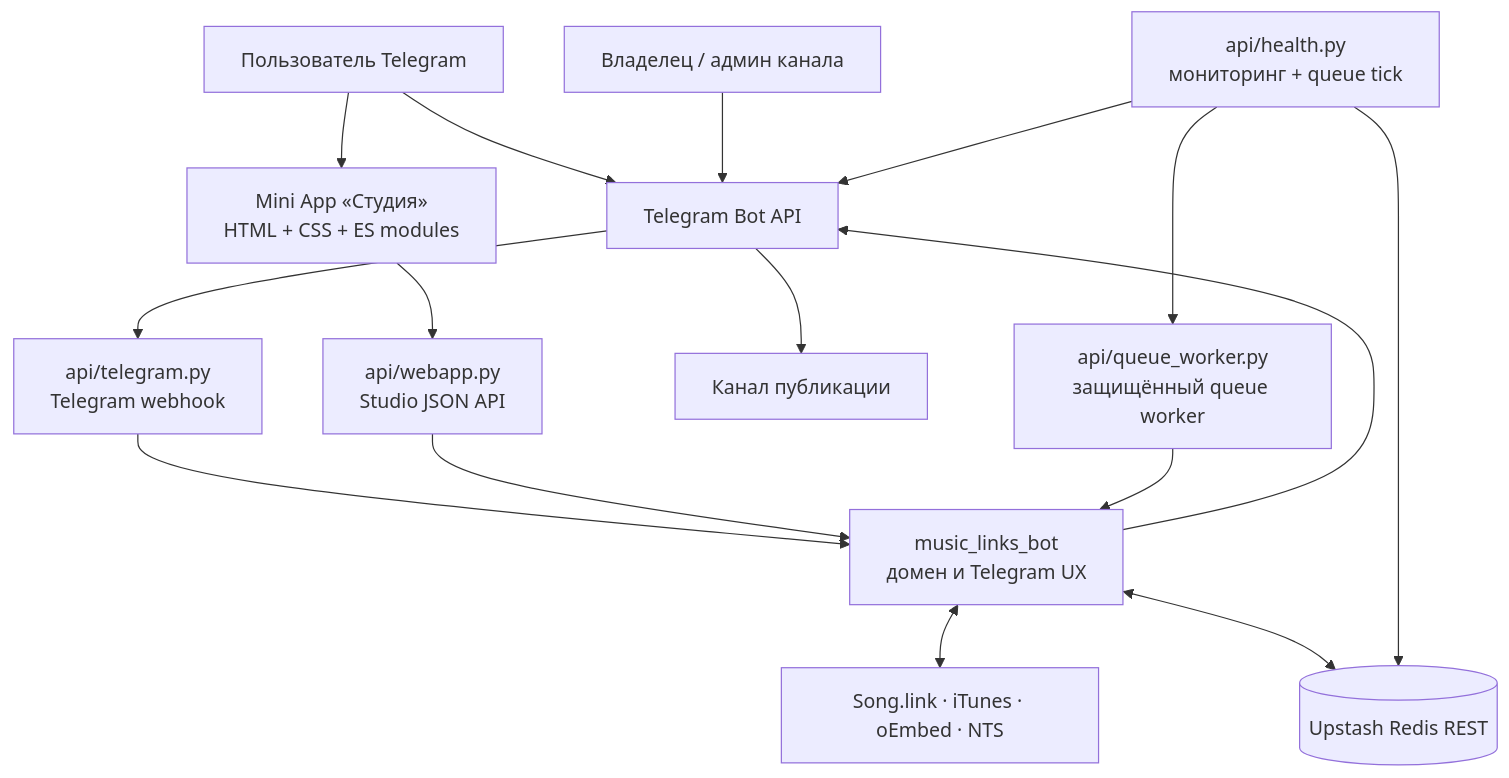
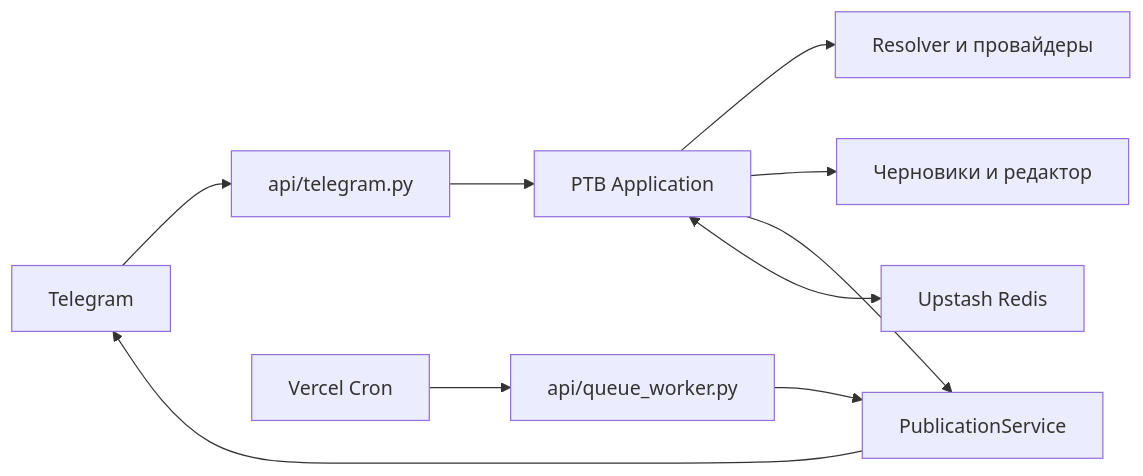
Before and after one commit to StonerHand/stonerhand-soundlinks-bot: the diagram in ARCHITECTURE.ru.md, drawn with Mermaid. The commit also changed other lines of this file and 54 other files, not shown here.

Commit message:
Удалить Mini App и оставить Telegram-бот

````diff
--- a/ARCHITECTURE.ru.md
+++ b/ARCHITECTURE.ru.md
@@ -7,31 +7,12 @@
 ```mermaid
-flowchart TB
-    USER["Пользователь Telegram"]
-    ADMIN["Владелец / админ канала"]
-    TELEGRAM["Telegram Bot API"]
-    STUDIO["Mini App «Студия»\nHTML + CSS + ES modules"]
-    WEBHOOK["api/telegram.py\nTelegram webhook"]
-    WEBAPP["api/webapp.py\nStudio JSON API"]
-    CORE["music_links_bot\nдомен и Telegram UX"]
-    PROVIDERS["Song.link · iTunes · oEmbed · NTS"]
-    REDIS[("Upstash Redis REST")]
-    CHANNEL["Канал публикации"]
-    HEALTH["api/health.py\nмониторинг + queue tick"]
-    WORKER["api/queue_worker.py\nзащищённый queue worker"]
-
-    USER --> TELEGRAM
-    ADMIN --> TELEGRAM
-    TELEGRAM --> WEBHOOK
-    USER --> STUDIO
-    STUDIO --> WEBAPP
-    WEBHOOK --> CORE
-    WEBAPP --> CORE
-    CORE <--> PROVIDERS
-    CORE <--> REDIS
-    CORE --> TELEGRAM
-    TELEGRAM --> CHANNEL
-    HEALTH --> TELEGRAM
-    HEALTH --> REDIS
-    HEALTH --> WORKER
-    WORKER --> CORE
+flowchart LR
+    TG["Telegram"] --> WH["api/telegram.py"]
+    WH --> BOT["PTB Application"]
+    BOT --> RESOLVE["Resolver и провайдеры"]
+    BOT --> EDIT["Черновики и редактор"]
+    BOT --> PUB["PublicationService"]
+    PUB --> TG
+    CRON["Vercel Cron"] --> WORKER["api/queue_worker.py"]
+    WORKER --> PUB
+    BOT <--> REDIS["Upstash Redis"]
 ```
````
